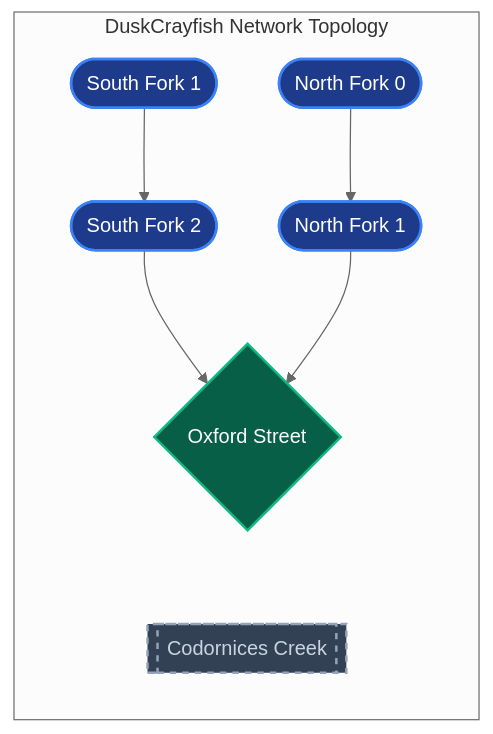
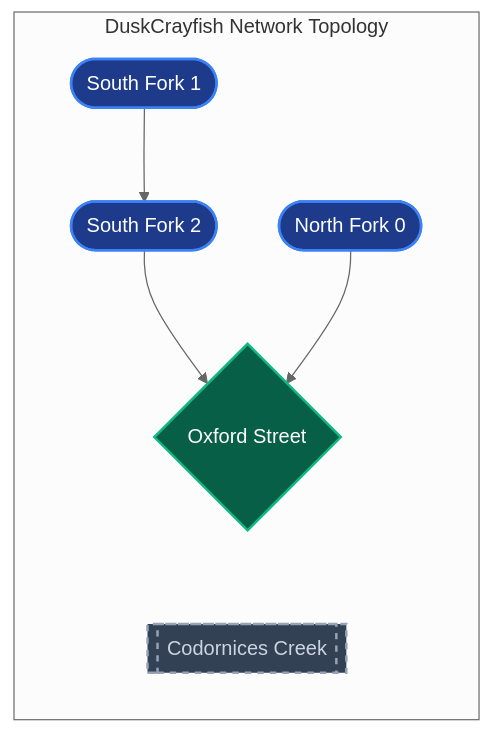
Before and after one commit to DChristensen12/StrawberryWatch: the second of 2 diagrams in README.md, drawn with Mermaid (neutral theme). The commit also changed other lines of this file and 58 other files, not shown here.

````diff
--- a/README.md
+++ b/README.md
@@ -117,28 +117,28 @@
 ```mermaid
 graph LR
     %% Focused Horizontal Network Layout with No Legend
     subgraph ST_Backbone [DuskCrayfish&nbsp;Network&nbsp;Topology]
         %% Active South Fork Path
         SF1([South Fork 1]) --> SF2([South Fork 2])
         
-        %% Active North Fork Path
-        NF0([North Fork 0]) --> NF1([North Fork 1])
+        %% Active North Fork Path, contracted through the retired footbridge node
+        NF0([North Fork 0])
         
         %% Convergence Sink
         SF2 --> OX{Oxford Street}
-        NF1 --> OX
+        NF0 --> OX
         
         %% Isolated Node kept inline horizontally to the right of the sink
         CC[[Codornices Creek]]
         OX ~~~ CC
     end
 
     %% Color Palette Configurations
     classDef nodeStyle fill:#1e3a8a,stroke:#3b82f6,stroke-width:2px,color:#fff;
     classDef targetStyle fill:#065f46,stroke:#10b981,stroke-width:2px,color:#fff;
     classDef controlStyle fill:#334155,stroke:#94a3b8,stroke-width:2px,color:#cbd5e1,stroke-dasharray: 5 5;
     
-    class SF1,SF2,NF0,NF1 nodeStyle;
+    class SF1,SF2,NF0 nodeStyle;
     class OX targetStyle;
     class CC controlStyle;
 ```
````
